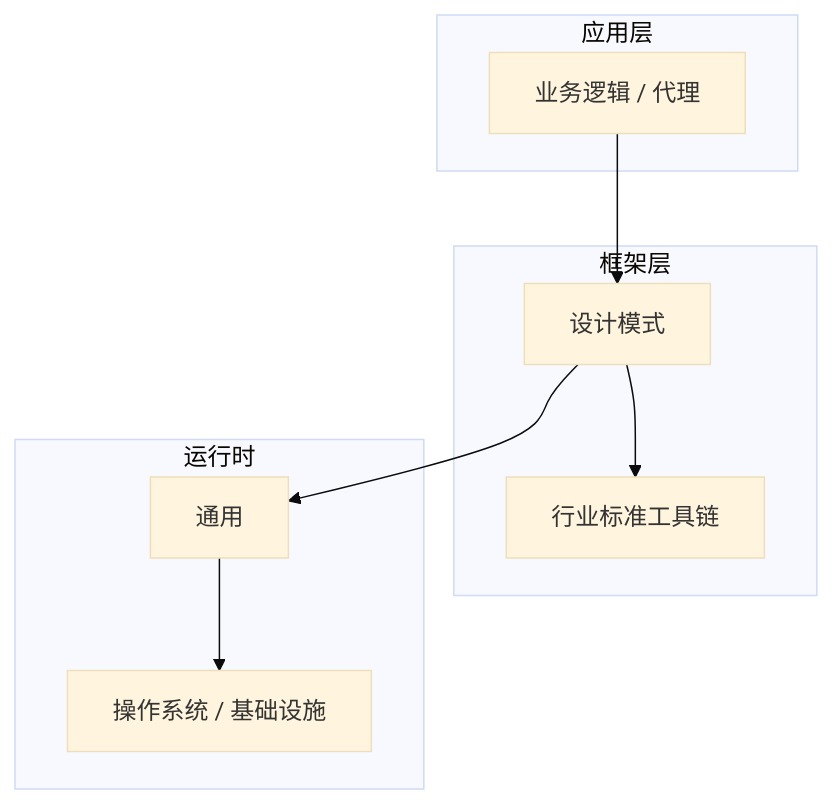
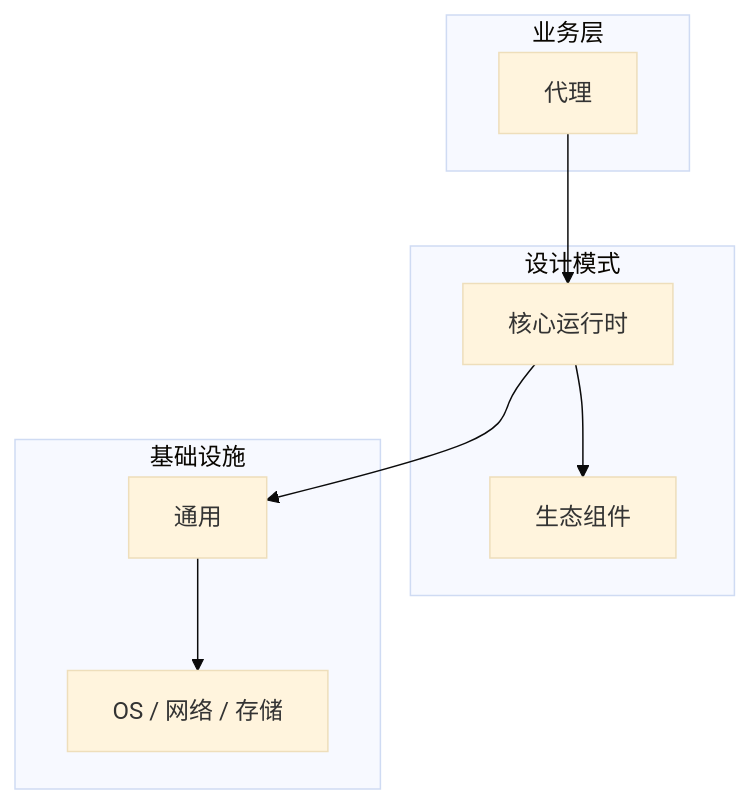
Before and after one commit to yanggan2015/knowledge-json-v2: the diagram in articles/设计模式/chapters/041-代理核心概念与原理.md, drawn with Mermaid (base theme). The commit also changed other lines of this file and 10127 other files, not shown here.

````diff
--- a/articles/设计模式/chapters/041-代理核心概念与原理.md
+++ b/articles/设计模式/chapters/041-代理核心概念与原理.md
@@ -45,18 +34,18 @@
 ```mermaid
 graph TB
-    subgraph 应用层
-        A[业务逻辑 / 代理]
+    subgraph 业务层
+        A[代理]
     end
-    subgraph 框架层
-        B[设计模式]
-        C[行业标准工具链]
+    subgraph 设计模式
+        B[核心运行时]
+        C[生态组件]
     end
-    subgraph 运行时
+    subgraph 基础设施
         D[通用]
-        E[操作系统 / 基础设施]
+        E[OS / 网络 / 存储]
     end
     A --> B
     B --> C
     B --> D
     D --> E
 ```
````
